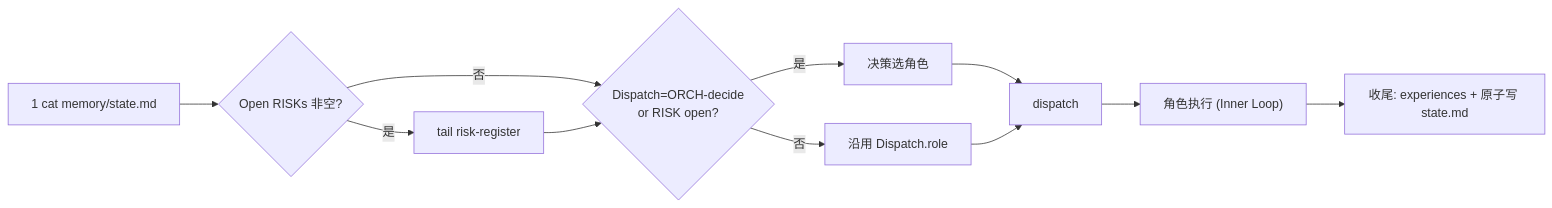
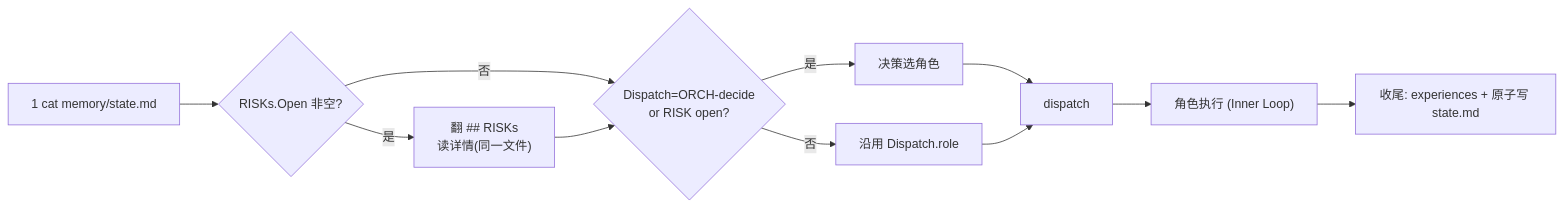
Before and after one commit to AArlert/rkv_v1pro_labs: the first of 2 diagrams in ppa-lab-copilot/agents/orchestrator.md, drawn with Mermaid. The commit also changed other lines of this file and 13 other files, not shown here.

````diff
--- a/ppa-lab-copilot/agents/orchestrator.md
+++ b/ppa-lab-copilot/agents/orchestrator.md
@@ -58,13 +54,13 @@
 ```mermaid
 flowchart LR
-    O1["1 cat memory/state.md"] --> O2{"Open RISKs 非空?"}
-    O2 -- "是" --> O3["tail risk-register"]
+    O1["1 cat memory/state.md"] --> O2{"RISKs.Open 非空?"}
+    O2 -- "是" --> O3["翻 ## RISKs<br/>读详情(同一文件)"]
     O2 -- "否" --> O4
     O3 --> O4{"Dispatch=ORCH-decide<br/>or RISK open?"}
     O4 -- "是" --> O5a["决策选角色"]
     O4 -- "否" --> O5b["沿用 Dispatch.role"]
     O5a --> O6["dispatch <role>"]
     O5b --> O6
     O6 --> O7["角色执行 (Inner Loop)"]
     O7 --> O8["收尾: experiences + 原子写 state.md"]
 ```
````
